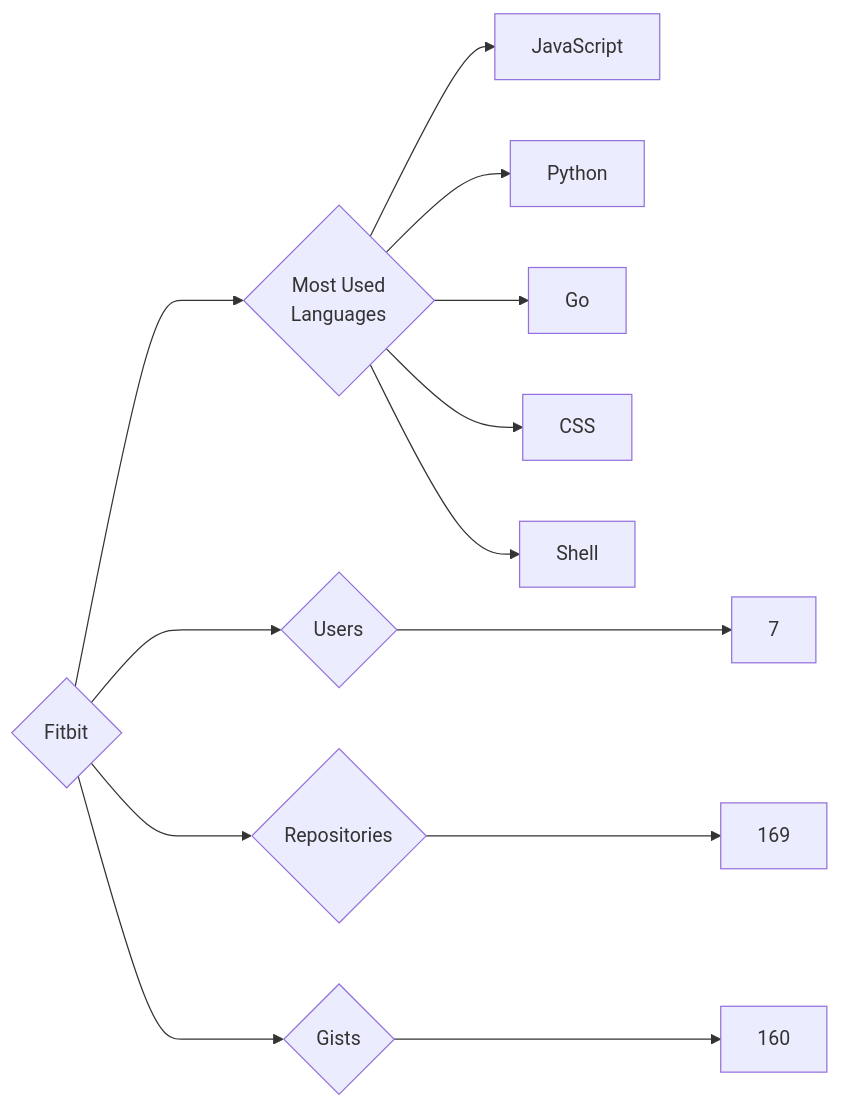
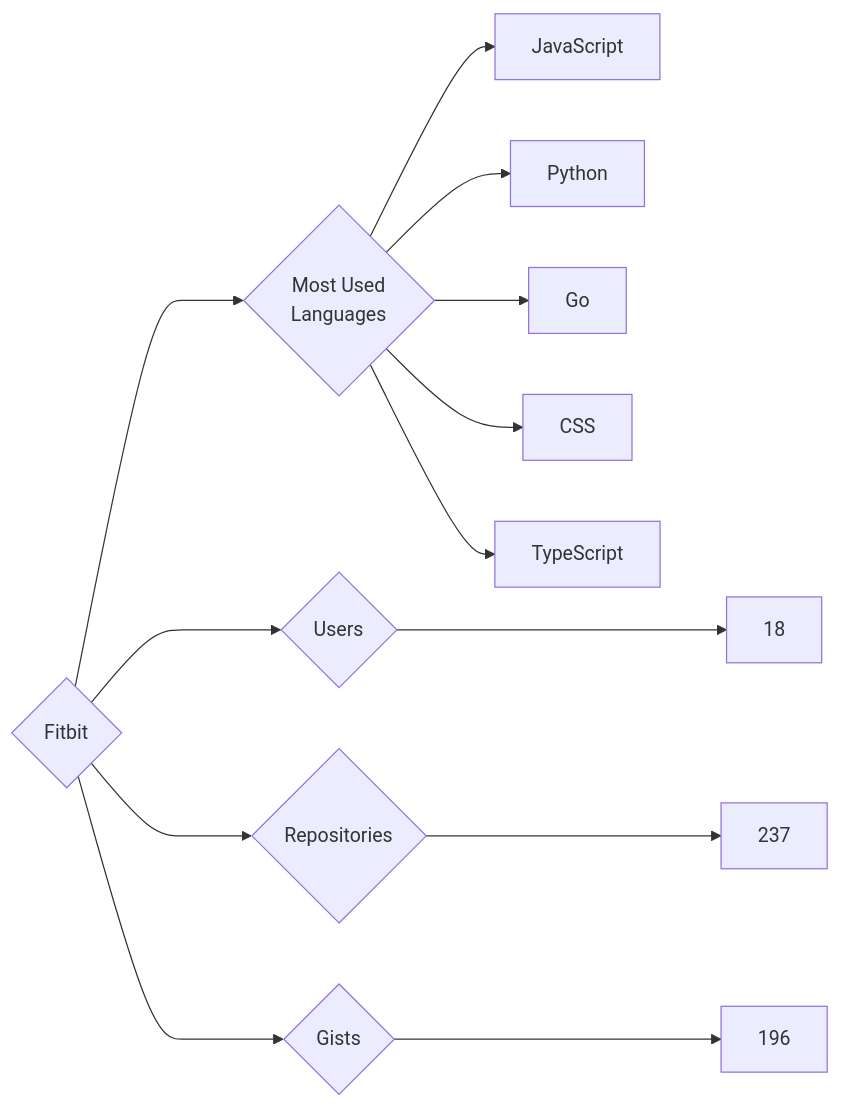
One commit to trickest/insiders changed the diagram in targets/Fitbit/README.md. Above: the diagram before and after it, drawn with Mermaid. The commit also changed 861 other files, not shown here.

````diff
--- a/targets/Fitbit/README.md
+++ b/targets/Fitbit/README.md
@@ -3,13 +3,13 @@
 ```mermaid
 graph LR
 COMPANY_NAME{Fitbit}
-COMPANY_NAME ---> U{Users} ---> UN[7]
-COMPANY_NAME ---> R{Repositories} ---> RN[169]
-COMPANY_NAME ---> G{Gists} ---> GN[160]
+COMPANY_NAME ---> U{Users} ---> UN[18]
+COMPANY_NAME ---> R{Repositories} ---> RN[237]
+COMPANY_NAME ---> G{Gists} ---> GN[196]
 COMPANY_NAME ---> ML{Most Used<br>Languages}
 ML --> JavaScript[JavaScript]
 ML --> Python[Python]
 ML --> Go[Go]
 ML --> CSS[CSS]
-ML --> Shell[Shell]
+ML --> TypeScript[TypeScript]
 ```
````
